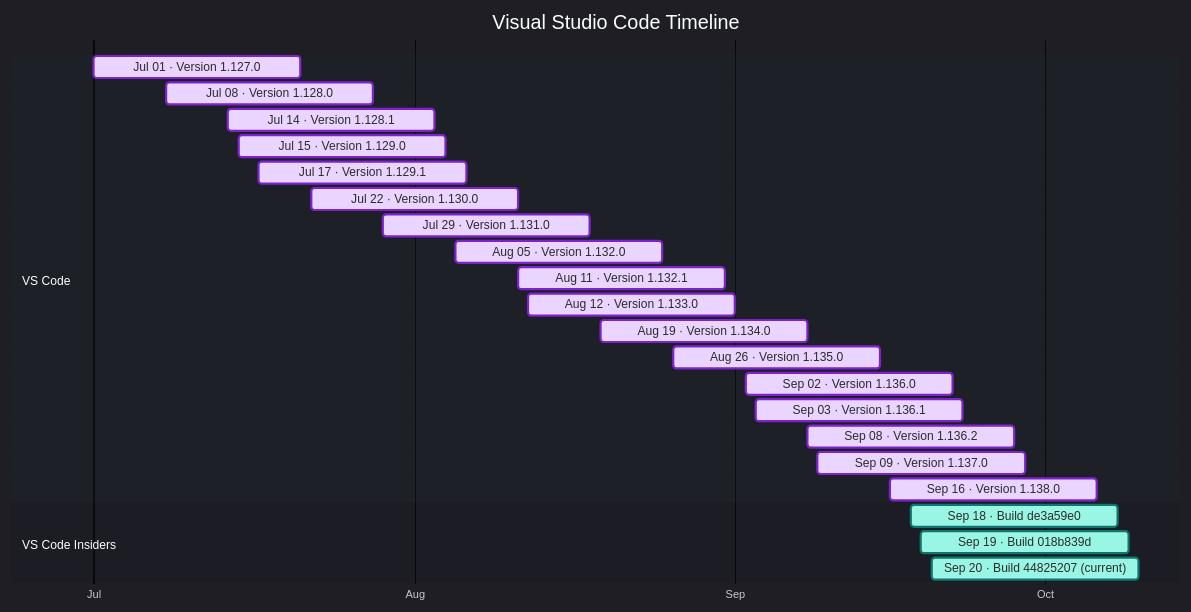
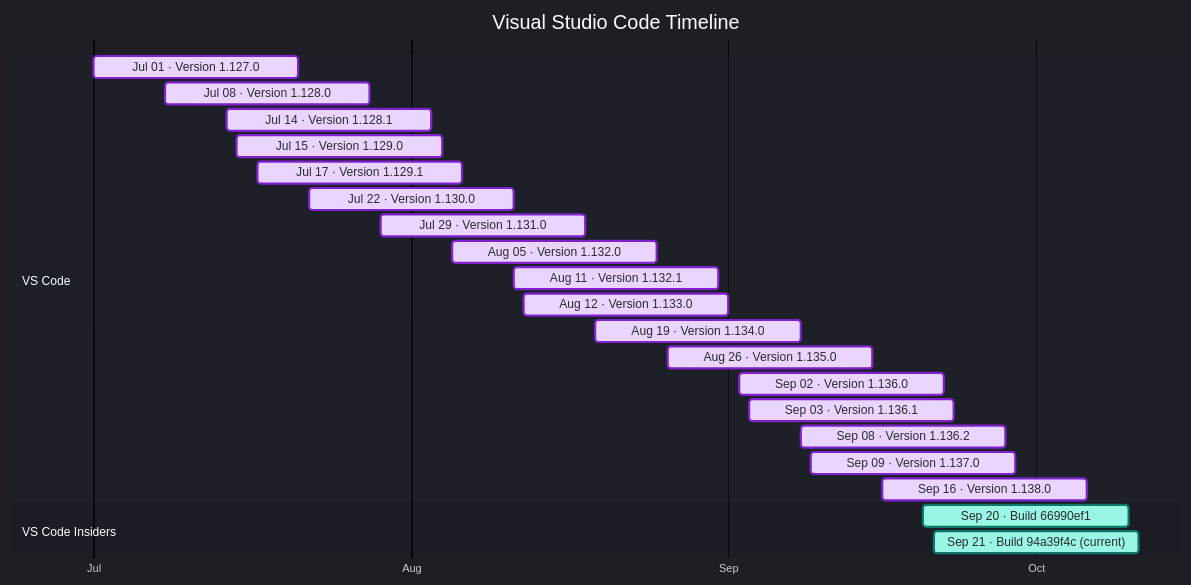
One commit to Oxelya-DevTools/VisualStudioUpdate changed the diagram in docs/vscode.md. Above: the diagram before and after it, drawn with Mermaid. The commit also changed other lines of this file and 1 other file, not shown here.

````diff
--- a/docs/vscode.md
+++ b/docs/vscode.md
@@ -9,30 +9,29 @@
 ```mermaid
 %%{init: {'theme':'dark','themeVariables': { 'fontFamily': 'Segoe UI', 'fontSize': '24px', 'textColor': '#F3F4F6', 'titleTextColor': '#FFFFFF', 'taskTextColor': '#111827', 'taskTextLightColor': '#111827', 'taskTextOutsideColor': '#F3F4F6', 'taskBkgColor': '#BAE6FD', 'taskBorderColor': '#0369A1', 'doneTaskBkgColor': '#E9D5FF', 'doneTaskBorderColor': '#7E22CE', 'activeTaskBkgColor': '#99F6E4', 'activeTaskBorderColor': '#0F766E', 'critTaskBkgColor': '#FED7AA', 'critTaskBorderColor': '#C2410C', 'sectionBkgColor': '#1F2937', 'altSectionBkgColor': '#111827', 'gridColor': '#4B5563', 'todayLineColor': '#F87171' }}}%%
 gantt
     title Visual Studio Code Timeline
     dateFormat  YYYY-MM-DD
     axisFormat  %b
     tickInterval 1month
     section VS Code
     Jul 01 · Version 1.127.0 : done, vscode202607010, 2026-07-01, 20d
     Jul 08 · Version 1.128.0 : done, vscode202607081, 2026-07-08, 20d
     Jul 14 · Version 1.128.1 : done, vscode202607142, 2026-07-14, 20d
     Jul 15 · Version 1.129.0 : done, vscode202607153, 2026-07-15, 20d
     Jul 17 · Version 1.129.1 : done, vscode202607174, 2026-07-17, 20d
     Jul 22 · Version 1.130.0 : done, vscode202607225, 2026-07-22, 20d
     Jul 29 · Version 1.131.0 : done, vscode202607296, 2026-07-29, 20d
     Aug 05 · Version 1.132.0 : done, vscode202608057, 2026-08-05, 20d
     Aug 11 · Version 1.132.1 : done, vscode202608118, 2026-08-11, 20d
     Aug 12 · Version 1.133.0 : done, vscode202608129, 2026-08-12, 20d
     Aug 19 · Version 1.134.0 : done, vscode2026081910, 2026-08-19, 20d
     Aug 26 · Version 1.135.0 : done, vscode2026082611, 2026-08-26, 20d
     Sep 02 · Version 1.136.0 : done, vscode2026090212, 2026-09-02, 20d
     Sep 03 · Version 1.136.1 : done, vscode2026090313, 2026-09-03, 20d
     Sep 08 · Version 1.136.2 : done, vscode2026090814, 2026-09-08, 20d
     Sep 09 · Version 1.137.0 : done, vscode2026090915, 2026-09-09, 20d
     Sep 16 · Version 1.138.0 : done, vscode2026091616, 2026-09-16, 20d
     section VS Code Insiders
-    Sep 18 · Build de3a59e0 : active, vscodeinsiders202609180, 2026-09-18, 20d
-    Sep 19 · Build 018b839d : active, vscodeinsiders202609191, 2026-09-19, 20d
-    Sep 20 · Build 44825207 (current) : active, vscodeinsiders202609202, 2026-09-20, 20d
+    Sep 20 · Build 66990ef1 : active, vscodeinsiders202609200, 2026-09-20, 20d
+    Sep 21 · Build 94a39f4c (current) : active, vscodeinsiders202609211, 2026-09-21, 20d
 ```
````
